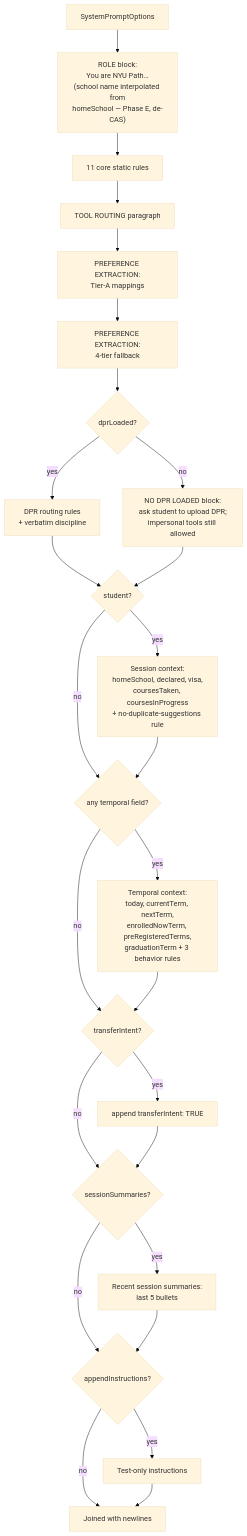
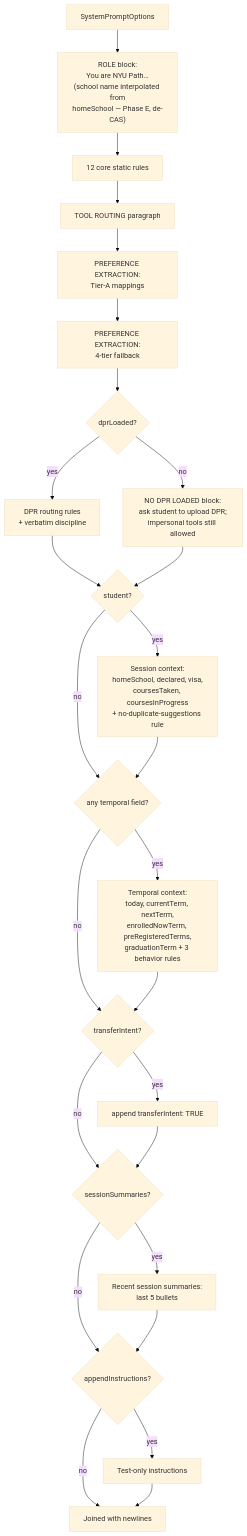
Before and after one commit to EdoardoMongardi/NYU_Path: the second of 2 diagrams in Docs/current-system/engine/system-prompt.md, drawn with Mermaid (base theme). The commit also changed other lines of this file, not shown here.

First line of the commit message:
docs(current-system): add CORE RULE 12 honesty interlock (D6.5)

````diff
--- a/Docs/current-system/engine/system-prompt.md
+++ b/Docs/current-system/engine/system-prompt.md
@@ -234,28 +238,28 @@
 ```mermaid
 flowchart TD
     OPTS[SystemPromptOptions] --> ROLE["ROLE block:<br/>You are NYU Path…<br/>(school name interpolated from<br/>homeSchool — Phase E, de-CAS)"]
-    ROLE --> CORE[11 core static rules]
+    ROLE --> CORE[12 core static rules]
     CORE --> ROUT[TOOL ROUTING paragraph]
     ROUT --> PREF[PREFERENCE EXTRACTION:<br/>Tier-A mappings]
     PREF --> TIER[PREFERENCE EXTRACTION:<br/>4-tier fallback]
     TIER --> DPR{dprLoaded?}
     DPR -->|yes| DPRBLOCK[DPR routing rules<br/>+ verbatim discipline]
     DPR -->|no| NODPR[NO DPR LOADED block:<br/>ask student to upload DPR;<br/>impersonal tools still allowed]
     DPRBLOCK --> STU{student?}
     NODPR --> STU
     STU -->|yes| STUBLOCK[Session context:<br/>homeSchool, declared, visa,<br/>coursesTaken, coursesInProgress<br/>+ no-duplicate-suggestions rule]
     STU -->|no| TMP
     STUBLOCK --> TMP{any temporal field?}
     TMP -->|yes| TMPBLOCK[Temporal context:<br/>today, currentTerm, nextTerm,<br/>enrolledNowTerm, preRegisteredTerms,<br/>graduationTerm + 3 behavior rules]
     TMP -->|no| TR
     TMPBLOCK --> TR{transferIntent?}
     TR -->|yes| TRLINE[append transferIntent: TRUE]
     TR -->|no| SUM
     TRLINE --> SUM{sessionSummaries?}
     SUM -->|yes| SUMBLOCK[Recent session summaries:<br/>last 5 bullets]
     SUM -->|no| AP
     SUMBLOCK --> AP{appendInstructions?}
     AP -->|yes| APBLOCK[Test-only instructions]
     AP -->|no| DONE
     APBLOCK --> DONE[Joined with newlines]
 ```
````
